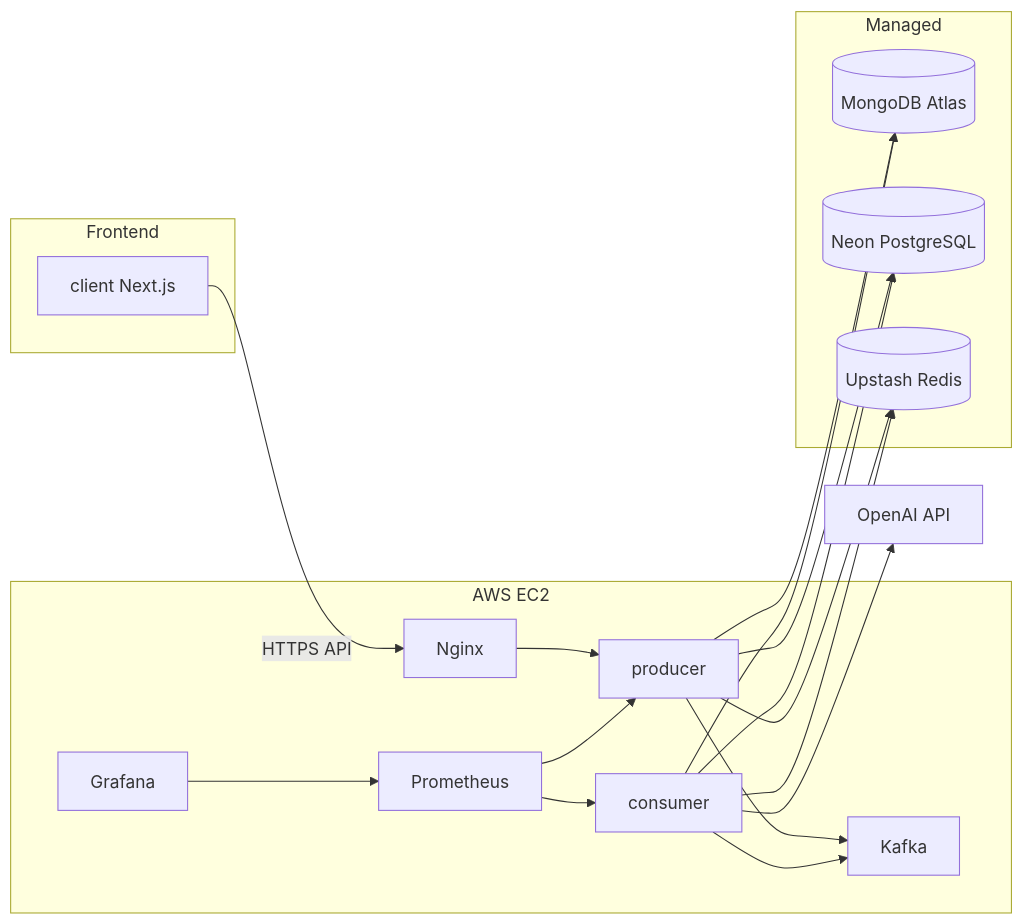
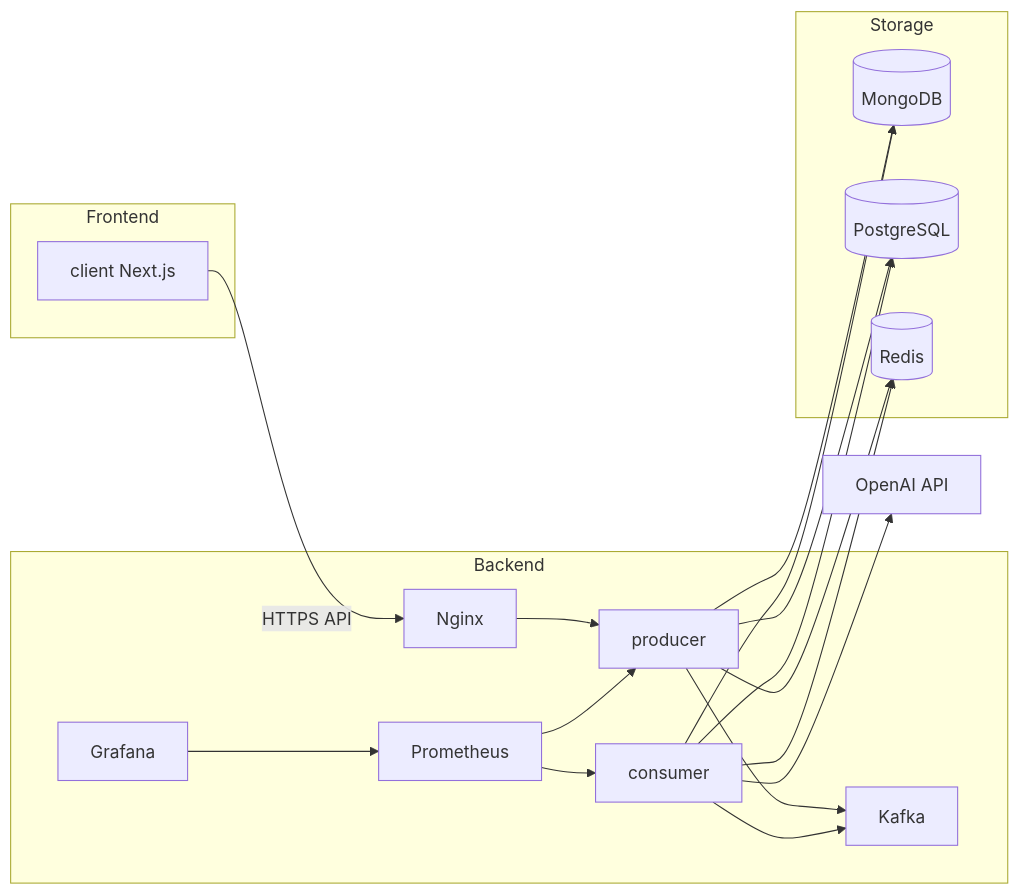
One commit to tkddnr1022/mealio changed the first of 3 diagrams in docs/docs/project/architecture.md. Above: the diagram before and after it, drawn with Mermaid. The commit also changed other lines of this file and 4 other files, not shown here.

First line of the commit message:
Docs: update deployment and architecture documentation for clarity and accuracy

````diff
--- a/docs/docs/project/architecture.md
+++ b/docs/docs/project/architecture.md
@@ -11,33 +11,33 @@
 ```mermaid
 flowchart LR
   subgraph frontend [Frontend]
     Client[client Next.js]
   end
-  subgraph ec2 [AWS EC2]
+  subgraph backend [Backend]
     Nginx[Nginx]
     Producer[producer]
     Consumer[consumer]
     Kafka[Kafka]
     Prom[Prometheus]
     Graf[Grafana]
     Nginx --> Producer
     Producer --> Kafka
     Consumer --> Kafka
     Prom --> Producer
     Prom --> Consumer
     Graf --> Prom
   end
-  subgraph managed [Managed]
-    Atlas[(MongoDB Atlas)]
-    Neon[(Neon PostgreSQL)]
-    Upstash[(Upstash Redis)]
+  subgraph storage [Storage]
+    MongoDB[(MongoDB)]
+    PostgreSQL[(PostgreSQL)]
+    Redis[(Redis)]
   end
   Client -->|HTTPS API| Nginx
-  Producer --> Atlas
-  Producer --> Neon
-  Producer --> Upstash
-  Consumer --> Atlas
-  Consumer --> Neon
-  Consumer --> Upstash
+  Producer --> MongoDB
+  Producer --> PostgreSQL
+  Producer --> Redis
+  Consumer --> MongoDB
+  Consumer --> PostgreSQL
+  Consumer --> Redis
   Consumer --> OpenAI[OpenAI API]
 ```
````
